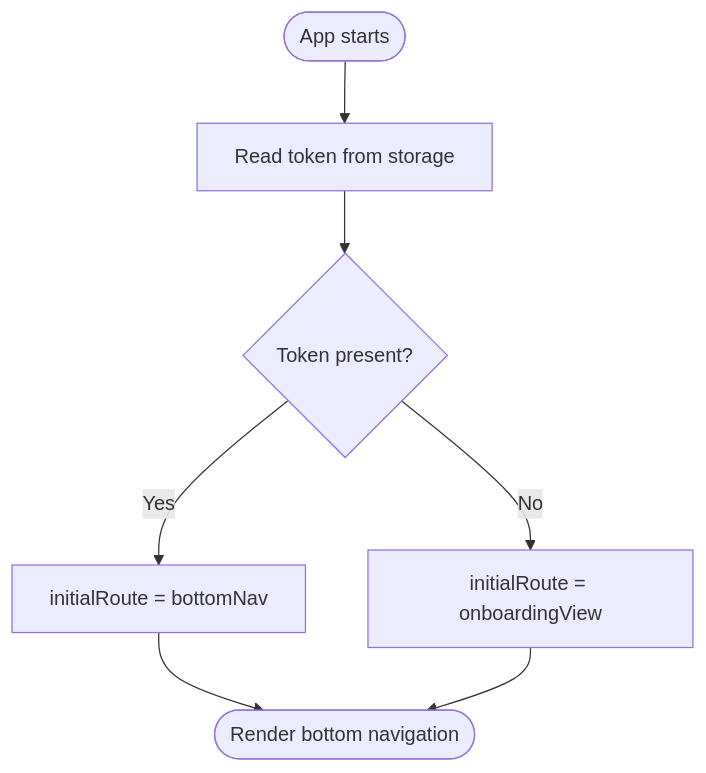
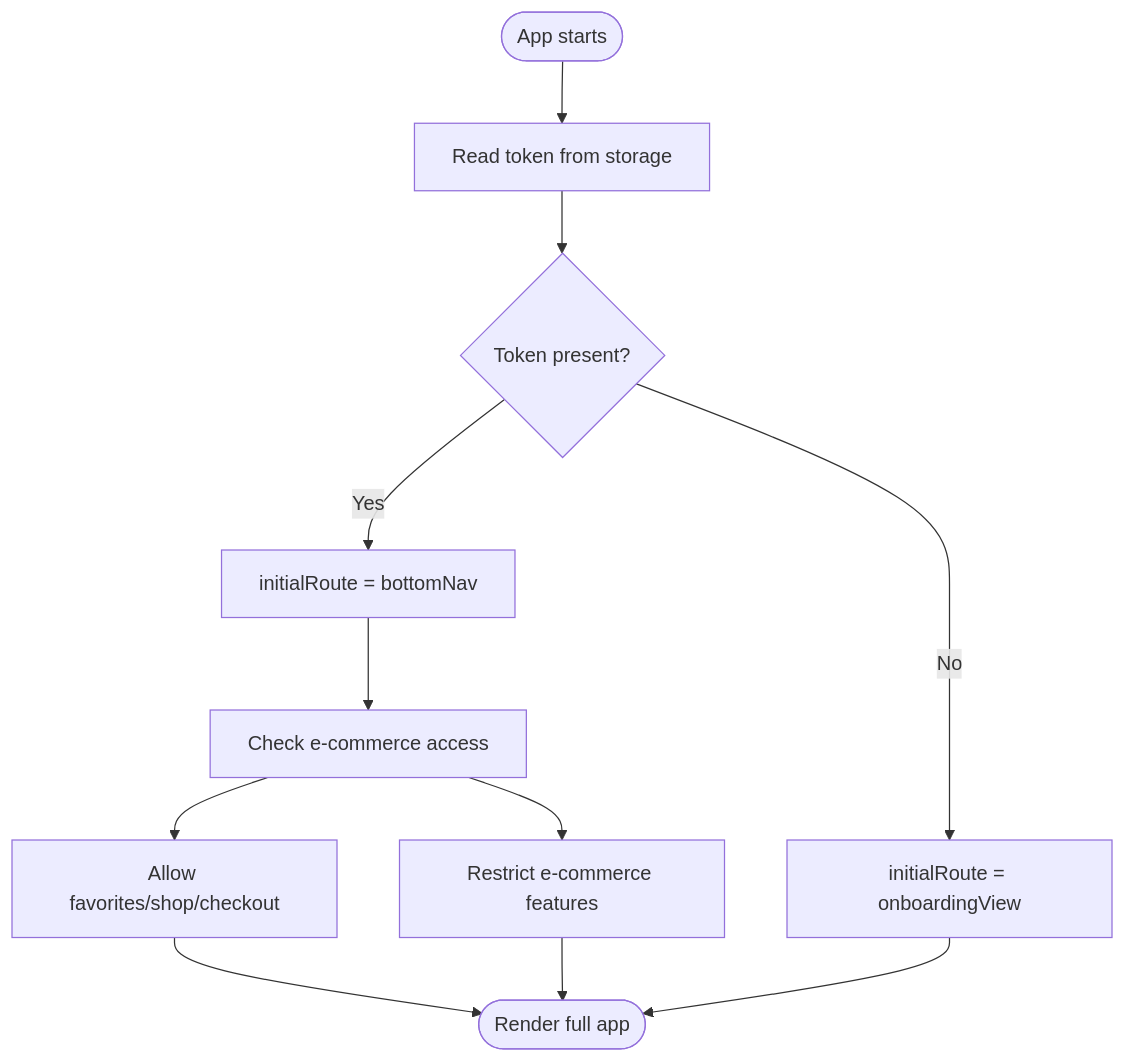
The sixth of 8 diagrams in .qoder/repowiki/en/content/Architecture Overview/Routing and Navigation.md (Ariful3111/FurniGo), drawn with Mermaid before and after one commit. The commit also changed other lines of this file and 15 other files, not shown here.

````diff
--- a/.qoder/repowiki/en/content/Architecture Overview/Routing and Navigation.md
+++ b/.qoder/repowiki/en/content/Architecture Overview/Routing and Navigation.md
@@ -236,9 +302,13 @@
 ```mermaid
 flowchart TD
 Start(["App starts"]) --> CheckToken["Read token from storage"]
 CheckToken --> HasToken{"Token present?"}
 HasToken --> |Yes| SetBottomNav["initialRoute = bottomNav"]
 HasToken --> |No| SetOnboarding["initialRoute = onboardingView"]
-SetBottomNav --> End(["Render bottom navigation"])
+SetBottomNav --> CheckAccess["Check e-commerce access"]
+CheckAccess --> AccessGranted["Allow favorites/shop/checkout"]
+CheckAccess --> AccessDenied["Restrict e-commerce features"]
+AccessGranted --> End(["Render full app"])
+AccessDenied --> End
 SetOnboarding --> End
 ```
````
